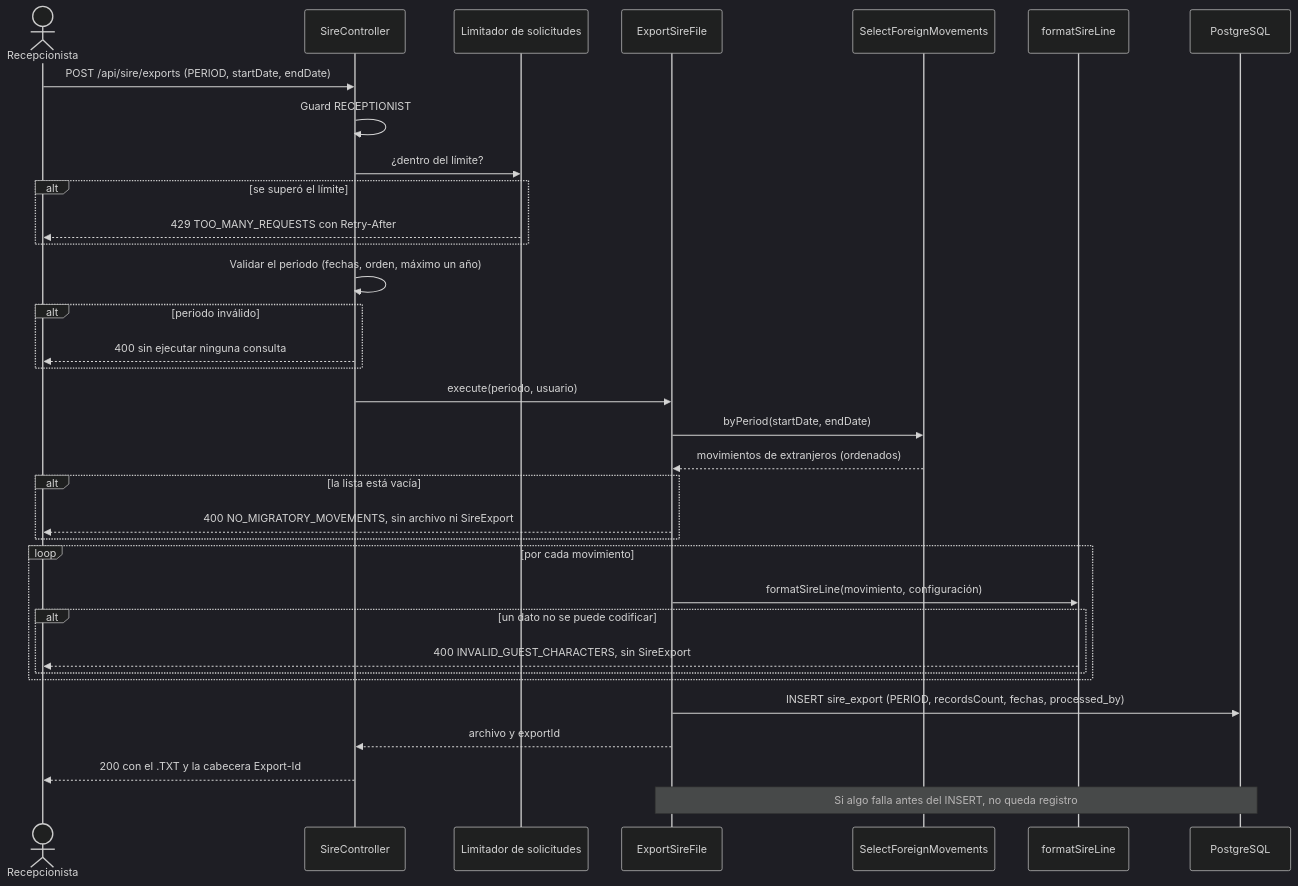
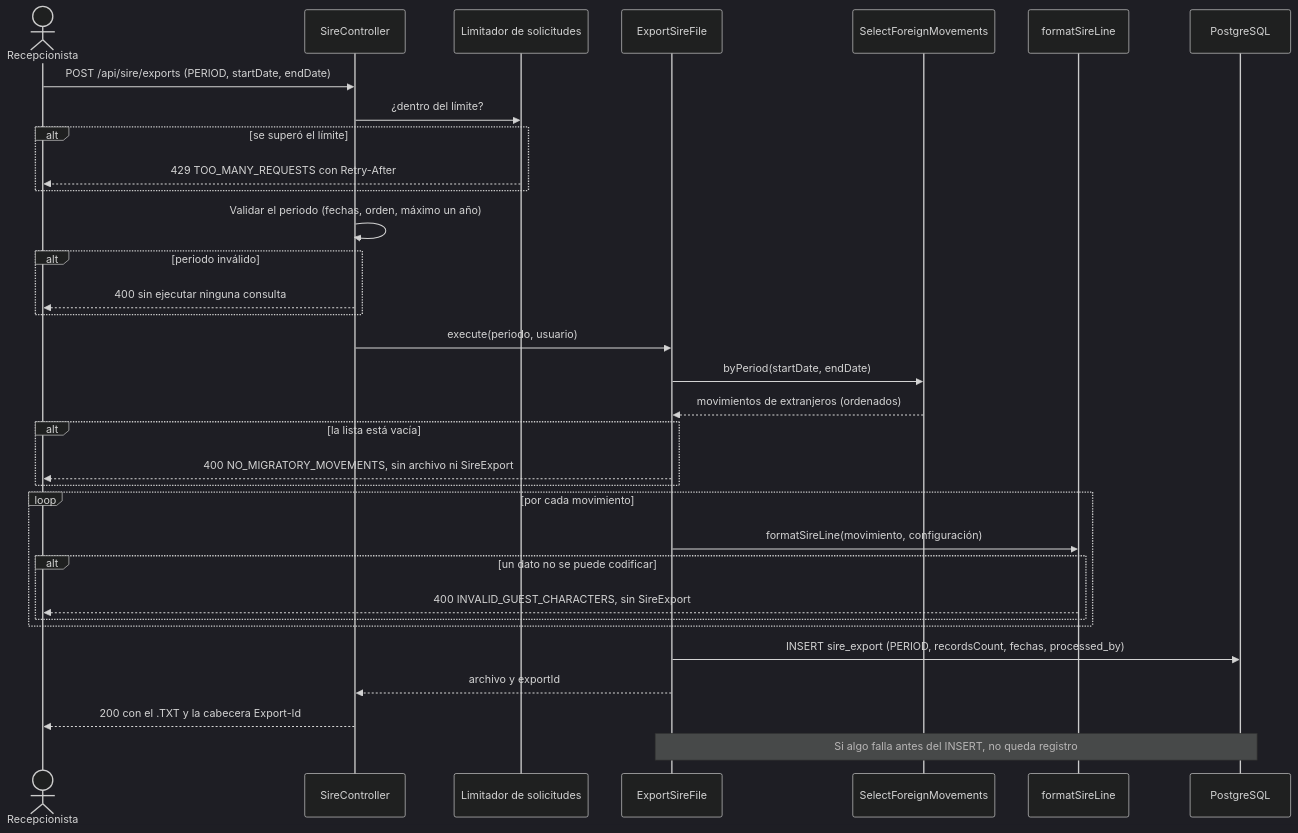
Before and after one commit to Lapicero312-lapi/HOSPITUA-MOD-2: the first of 3 diagrams in specs/export-sire-file/plan.md, drawn with Mermaid (dark theme). The commit also changed other lines of this file and 16 other files, not shown here.

````diff
--- a/specs/export-sire-file/plan.md
+++ b/specs/export-sire-file/plan.md
@@ -247,37 +247,36 @@
 ```mermaid
 sequenceDiagram
     actor R as Recepcionista
     participant C as SireController
     participant L as Limitador de solicitudes
     participant U as ExportSireFile
     participant S as SelectForeignMovements
     participant F as formatSireLine
     participant DB as PostgreSQL
 
     R->>C: POST /api/sire/exports (PERIOD, startDate, endDate)
-    C->>C: Guard RECEPTIONIST
     C->>L: ¿dentro del límite?
     alt se superó el límite
         L-->>R: 429 TOO_MANY_REQUESTS con Retry-After
     end
     C->>C: Validar el periodo (fechas, orden, máximo un año)
     alt periodo inválido
         C-->>R: 400 sin ejecutar ninguna consulta
     end
     C->>U: execute(periodo, usuario)
     U->>S: byPeriod(startDate, endDate)
     S-->>U: movimientos de extranjeros (ordenados)
     alt la lista está vacía
         U-->>R: 400 NO_MIGRATORY_MOVEMENTS, sin archivo ni SireExport
     end
     loop por cada movimiento
         U->>F: formatSireLine(movimiento, configuración)
         alt un dato no se puede codificar
             F-->>R: 400 INVALID_GUEST_CHARACTERS, sin SireExport
         end
     end
     U->>DB: INSERT sire_export (PERIOD, recordsCount, fechas, processed_by)
     U-->>C: archivo y exportId
     C-->>R: 200 con el .TXT y la cabecera Export-Id
     Note over U,DB: Si algo falla antes del INSERT, no queda registro
 ```
````
